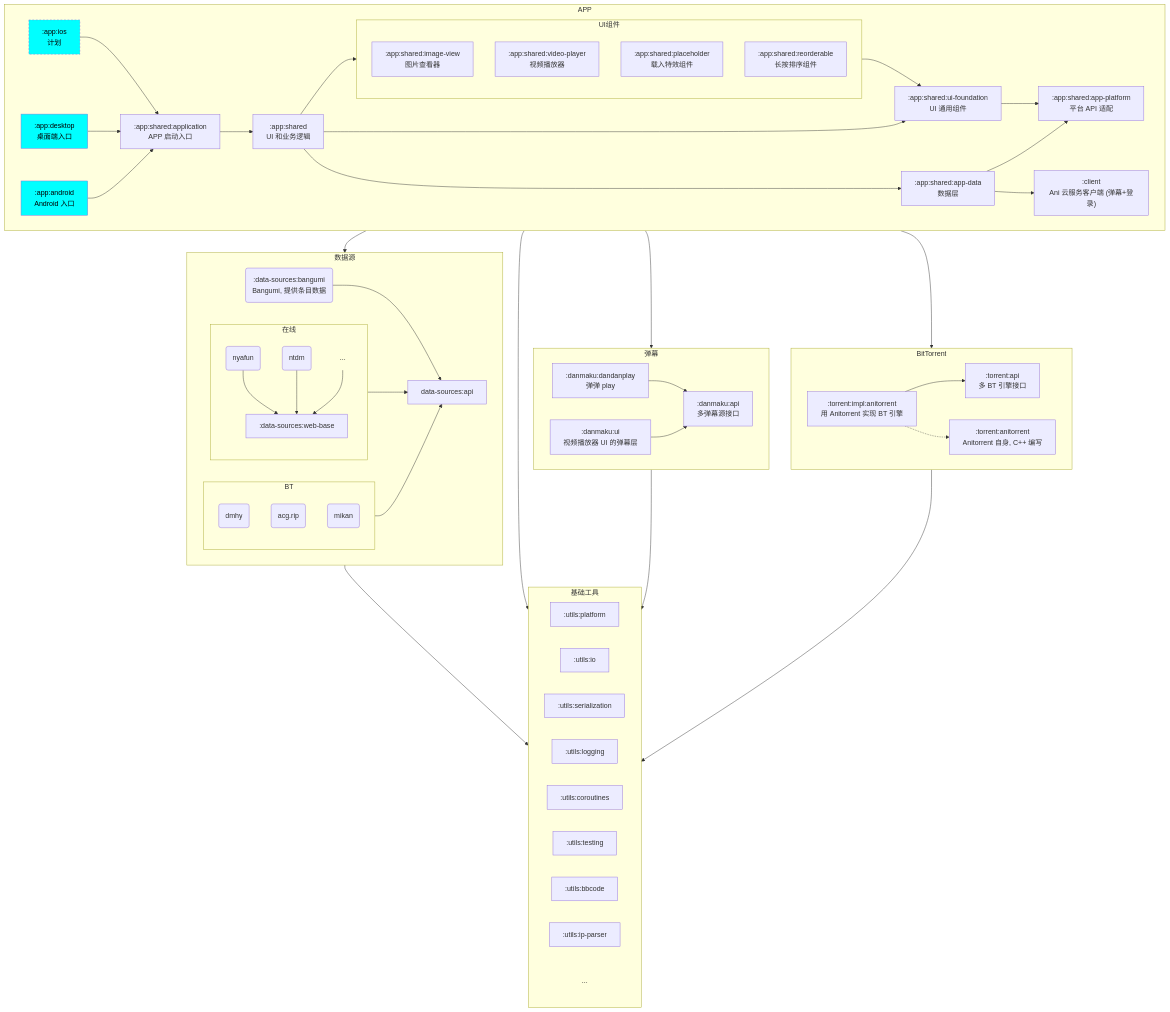
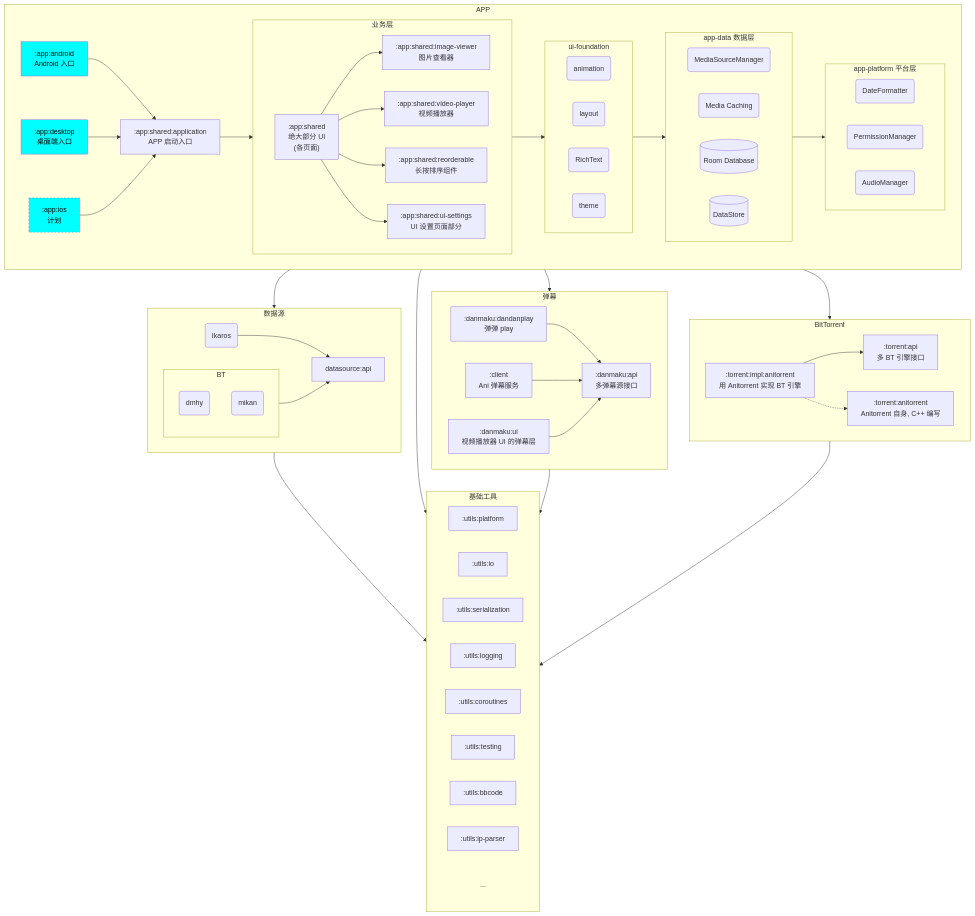
The second of 2 diagrams in CONTRIBUTING.md (open-ani/ani), drawn with Mermaid before and after one commit. The commit also changed other lines of this file, not shown here.

Commit message:
CONTRIBUTING.md: update app architecture diagram

````diff
--- a/CONTRIBUTING.md
+++ b/CONTRIBUTING.md
@@ -181,22 +181,11 @@
         subgraph "BT"
             direction TB
             dmhy(dmhy)
-            acg.rip(acg.rip)
             mikan(mikan)
         end
 
-        subgraph "在线"
-            direction TB
-            data-sources:nyafun(nyafun) --> data-sources:web-base
-            data-sources:ntdm(ntdm) --> data-sources:web-base
-            data-sources:...(...) --> data-sources:web-base
-            class data-sources:... omitted
-            data-sources:web-base[:data-sources:web-base]
-        end
-
-        在线 --> data-sources:api
-        BT --> data-sources:api
-        data-sources:bangumi(:data-sources:bangumi<br/>Bangumi, 提供条目数据) --> data-sources:api
+        BT --> datasource:api
+        Ikaros(Ikaros) --> datasource:api
     end
 
     数据源 --> 基础工具
@@ -206,6 +195,7 @@
     subgraph "弹幕"
         danmaku:api[:danmaku:api <br/> 多弹幕源接口]
         danmaku:dandanplay[:danmaku:dandanplay<br/> 弹弹 play] --> danmaku:api
+        :client[:client<br/> Ani 弹幕服务] --> danmaku:api
         danmaku:ui[:danmaku:ui<br/> 视频播放器 UI 的弹幕层] --> danmaku:api
     end
 
@@ -223,30 +213,60 @@
     APP --> BitTorrent
 
     subgraph "APP"
+        direction LR
         android[":app:android <br/> Android 入口"] --> shared:application
         desktop[":app:desktop <br/> 桌面端入口"] --> shared:application
         ios[":app:ios <br/> 计划"] --> shared:application
-        shared:application[":app:shared:application<br/>APP 启动入口"] --> shared
-        shared:app-data[":app:shared:app-data<br/>数据层"]
-        shared:app-data --> shared:app-platform
-        shared:app-data --> client
-        shared:ui-foundation[":app:shared:ui-foundation<br/>UI 通用组件"] --> shared:app-platform
-        shared:app-platform[":app:shared:app-platform<br/>平台 API 适配"]
-        shared[":app:shared<br/>UI 和业务逻辑"] --> shared:app-data
-        shared --> shared:ui-foundation
-        client[":client<br/>Ani 云服务客户端 (弹幕+登录)"]
+        shared:application[":app:shared:application<br/>APP 启动入口"] --> app_business
+    %% shared:app-data --> client
+    %% client[":client<br/>Ani 云服务客户端 (弹幕+登录)"]
         style android fill: cyan, color: black
         style desktop fill: cyan, color: black
         style ios fill: cyan, stroke-dasharray: 4 4, color: black
 
-        subgraph "UI组件"
-            image-viewer[:app:shared:image-view<br/>图片查看器]
+        subgraph app_business ["业务层"]
+            direction LR
+            shared[":app:shared<br/>绝大部分 UI<br/>(各页面)"]
+            shared:ui-settings[":app:shared:ui-settings<br/>UI 设置页面部分"]
+            image-viewer[:app:shared:image-viewer<br/>图片查看器]
+            shared --> image-viewer
             video-player[:app:shared:video-player<br/>视频播放器]
-            placeholder[:app:shared:placeholder<br/>载入特效组件]
+            shared --> video-player
             reorderable[:app:shared:reorderable<br/>长按排序组件]
+            shared --> reorderable
+            shared --> shared:ui-settings
         end
 
-        UI组件 --> shared:ui-foundation
-        shared --> UI组件
+        app_business --> app_foundation
+
+        subgraph app_foundation ["ui-foundation"]
+            direction LR
+            animation(animation)
+            layout(layout)
+            richtext(RichText)
+            theme(theme)
+        end
+
+        app_foundation --> app_data
+
+        subgraph app_data [app-data 数据层]
+            direction LR
+        %% app_data:spacer(" ")
+        %% class app_data:spacer omitted
+            MediaSourceManager(MediaSourceManager)
+            MediaCaching(Media Caching)
+            room[(Room Database)]
+            datastore[(DataStore)]
+        end
+
+        app_data --> app_platform
+        subgraph app_platform ["`app-platform 平台层`"]
+            direction LR
+        %% app_platform:spacer2(" ")
+        %% class app_platform:spacer2 omitted
+            DateFormatter(DateFormatter)
+            permission(PermissionManager)
+            audio(AudioManager)
+        end
     end
 ```
````
